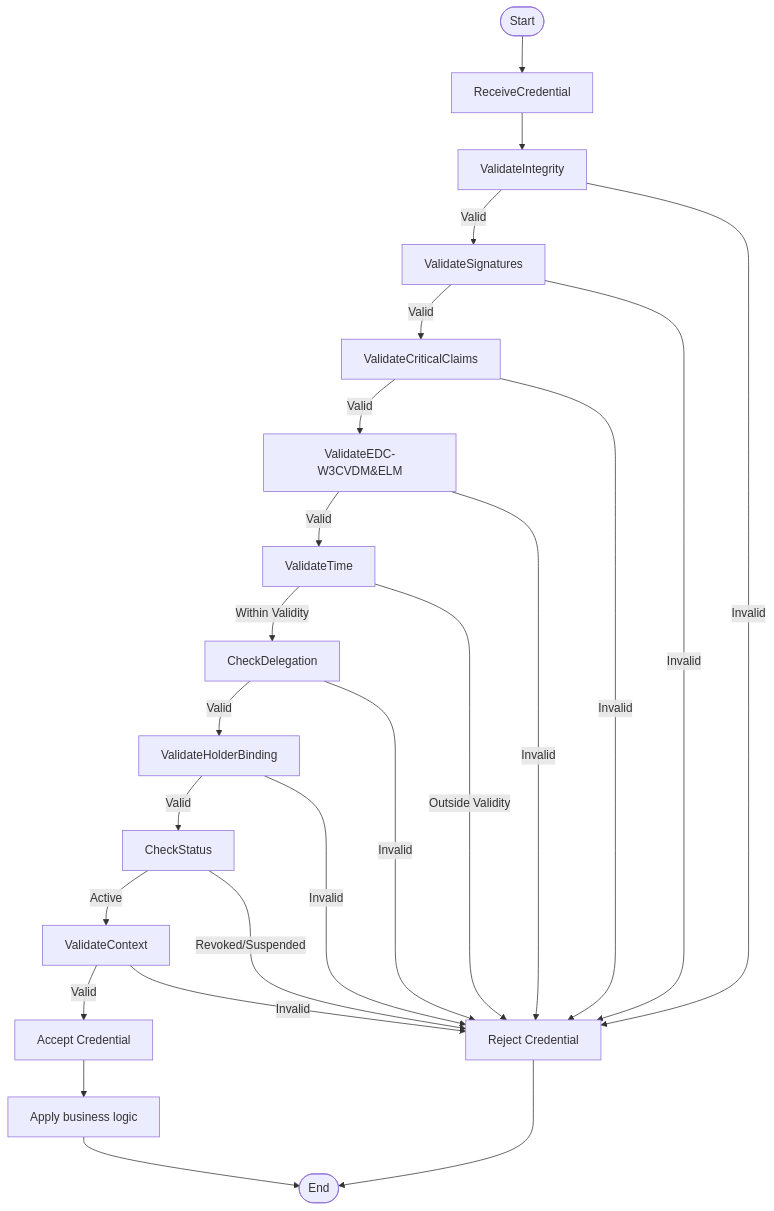
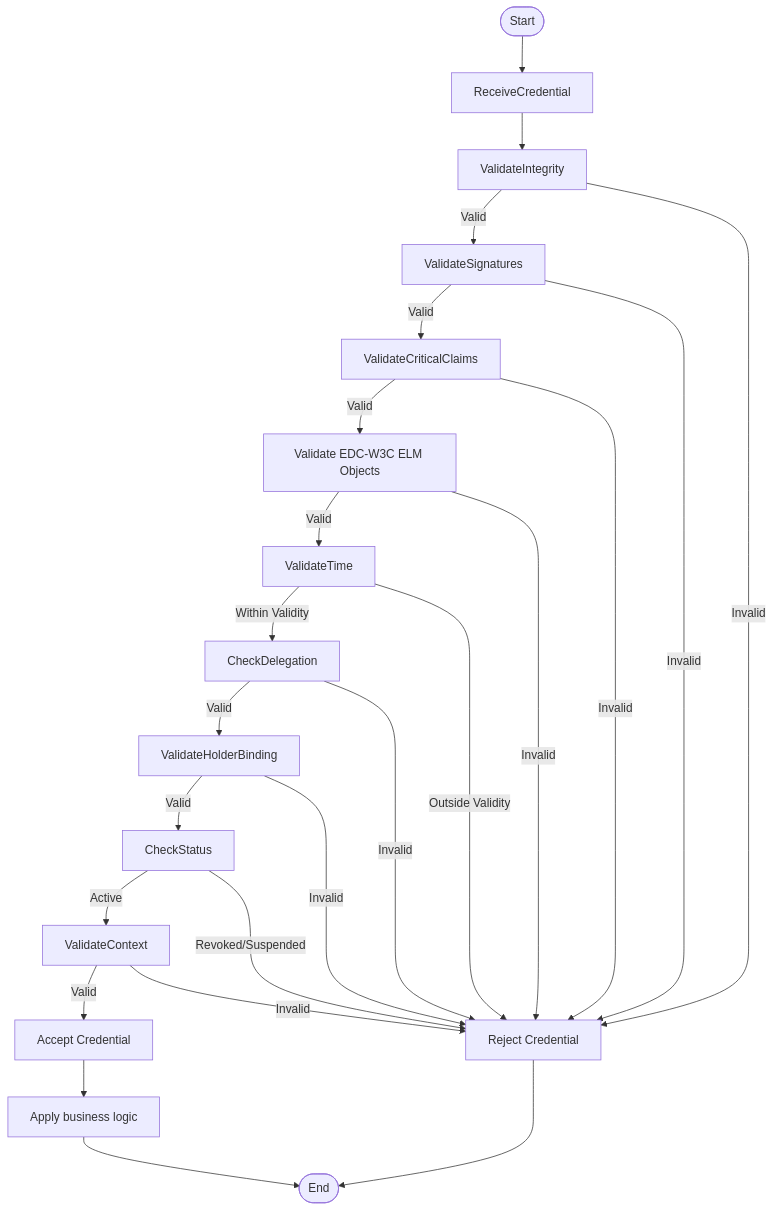
The diagram in sectorial-rulebook/verification.md (dc4eu/educational-pilot), drawn with Mermaid before and after one commit.

````diff
--- a/sectorial-rulebook/verification.md
+++ b/sectorial-rulebook/verification.md
@@ -105,50 +105,50 @@
 ```mermaid
 flowchart TD
   Start([Start])
   RC["ReceiveCredential"]
   VI["ValidateIntegrity"]
   VS["ValidateSignatures"]
   VC["ValidateCriticalClaims"]
-  VE["ValidateEDC-W3CVDM&ELM"]
+  VE["Validate EDC-W3C ELM Objects"]
   VT["ValidateTime"]
   CD["CheckDelegation"]
   VB["ValidateHolderBinding"]
   CS["CheckStatus"]
   VX["ValidateContext"]
   AC["Accept Credential"]
   REJ["Reject Credential"]
   ABL["Apply business logic"]
   End([End])
 
   Start --> RC
   RC --> VI
   VI -->|Valid| VS
   VI -->|Invalid| REJ
 
   VS -->|Valid| VC
   VS -->|Invalid| REJ
 
   VC -->|Valid| VE
   VC -->|Invalid| REJ
 
   VE -->|Valid| VT
   VE -->|Invalid| REJ
 
   VT -->|Within Validity| CD
   VT -->|Outside Validity| REJ
 
   CD -->|Valid| VB
   CD -->|Invalid| REJ
 
   VB -->|Valid| CS
   VB -->|Invalid| REJ
 
   CS -->|Active| VX
   CS -->|Revoked/Suspended| REJ
 
   VX -->|Valid| AC
   VX -->|Invalid| REJ
 
   AC --> ABL --> End
   REJ --> End
 ```
````
